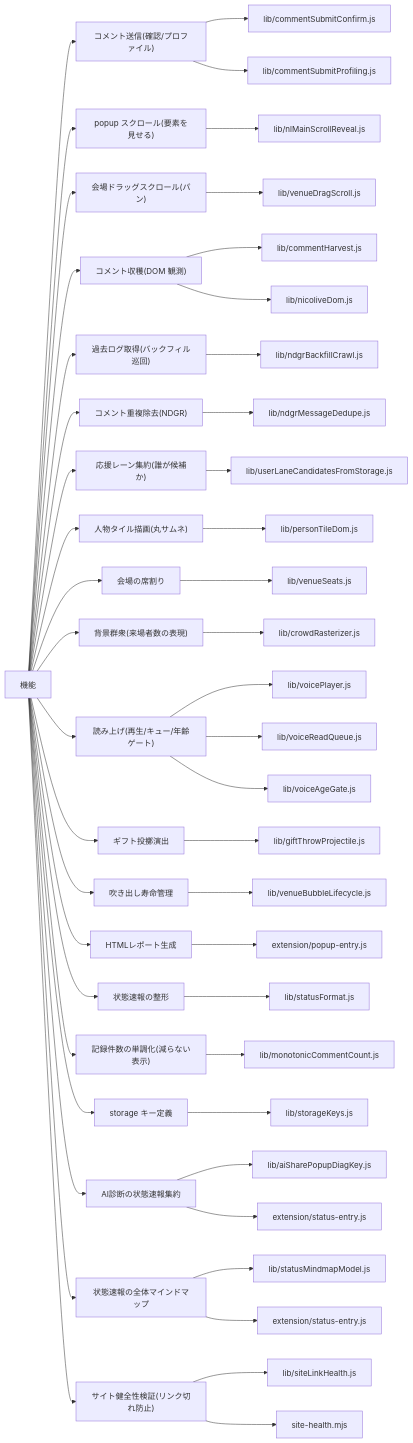
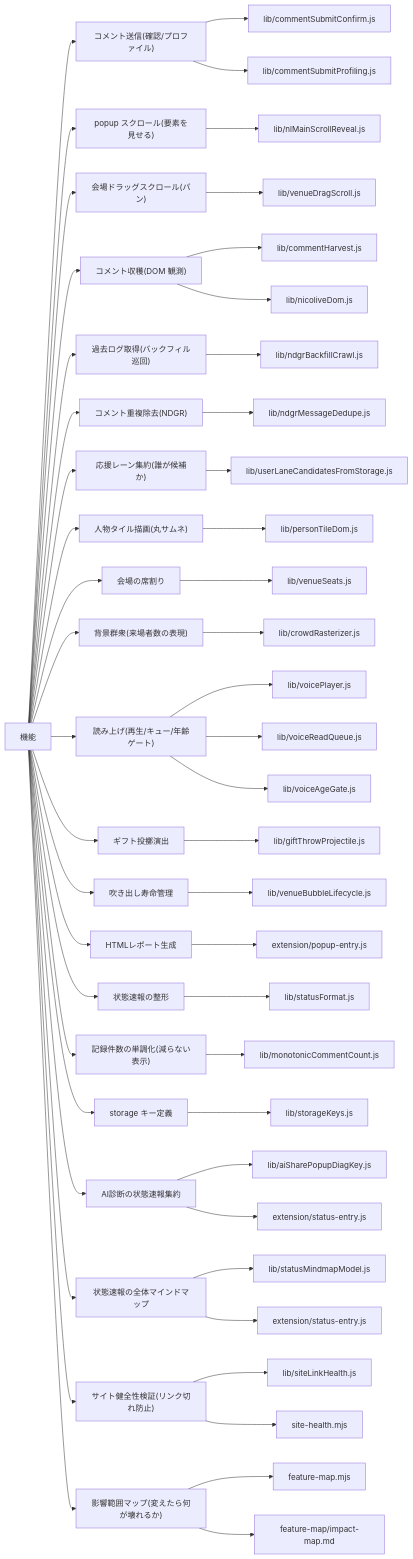
One commit to kimito-link/tsuioku-no-kirameki.com changed the second of 2 diagrams in docs/repo-tree-map.md. Above: the diagram before and after it, drawn with Mermaid. The commit also changed other lines of this file and 7 other files, not shown here.

First line of the commit message:
feat(feature-map): 影響範囲マップ追加(このファイルを変えたら何が壊れるか・依存ゼロ)

````diff
--- a/docs/repo-tree-map.md
+++ b/docs/repo-tree-map.md
@@ -61,51 +61,54 @@
 ```mermaid
 graph LR
   HUB["機能"]
   HUB --> f0["コメント送信(確認/プロファイル)"]
   f0 --> f0_0["lib/commentSubmitConfirm.js"]
   f0 --> f0_1["lib/commentSubmitProfiling.js"]
   HUB --> f1["popup スクロール(要素を見せる)"]
   f1 --> f1_0["lib/nlMainScrollReveal.js"]
   HUB --> f2["会場ドラッグスクロール(パン)"]
   f2 --> f2_0["lib/venueDragScroll.js"]
   HUB --> f3["コメント収穫(DOM 観測)"]
   f3 --> f3_0["lib/commentHarvest.js"]
   f3 --> f3_1["lib/nicoliveDom.js"]
   HUB --> f4["過去ログ取得(バックフィル巡回)"]
   f4 --> f4_0["lib/ndgrBackfillCrawl.js"]
   HUB --> f5["コメント重複除去(NDGR)"]
   f5 --> f5_0["lib/ndgrMessageDedupe.js"]
   HUB --> f6["応援レーン集約(誰が候補か)"]
   f6 --> f6_0["lib/userLaneCandidatesFromStorage.js"]
   HUB --> f7["人物タイル描画(丸サムネ)"]
   f7 --> f7_0["lib/personTileDom.js"]
   HUB --> f8["会場の席割り"]
   f8 --> f8_0["lib/venueSeats.js"]
   HUB --> f9["背景群衆(来場者数の表現)"]
   f9 --> f9_0["lib/crowdRasterizer.js"]
   HUB --> f10["読み上げ(再生/キュー/年齢ゲート)"]
   f10 --> f10_0["lib/voicePlayer.js"]
   f10 --> f10_1["lib/voiceReadQueue.js"]
   f10 --> f10_2["lib/voiceAgeGate.js"]
   HUB --> f11["ギフト投擲演出"]
   f11 --> f11_0["lib/giftThrowProjectile.js"]
   HUB --> f12["吹き出し寿命管理"]
   f12 --> f12_0["lib/venueBubbleLifecycle.js"]
   HUB --> f13["HTMLレポート生成"]
   f13 --> f13_0["extension/popup-entry.js"]
   HUB --> f14["状態速報の整形"]
   f14 --> f14_0["lib/statusFormat.js"]
   HUB --> f15["記録件数の単調化(減らない表示)"]
   f15 --> f15_0["lib/monotonicCommentCount.js"]
   HUB --> f16["storage キー定義"]
   f16 --> f16_0["lib/storageKeys.js"]
   HUB --> f17["AI診断の状態速報集約"]
   f17 --> f17_0["lib/aiSharePopupDiagKey.js"]
   f17 --> f17_1["extension/status-entry.js"]
   HUB --> f18["状態速報の全体マインドマップ"]
   f18 --> f18_0["lib/statusMindmapModel.js"]
   f18 --> f18_1["extension/status-entry.js"]
   HUB --> f19["サイト健全性検証(リンク切れ防止)"]
   f19 --> f19_0["lib/siteLinkHealth.js"]
   f19 --> f19_1["site-health.mjs"]
+  HUB --> f20["影響範囲マップ(変えたら何が壊れるか)"]
+  f20 --> f20_0["feature-map.mjs"]
+  f20 --> f20_1["feature-map/impact-map.md"]
 ```
````
